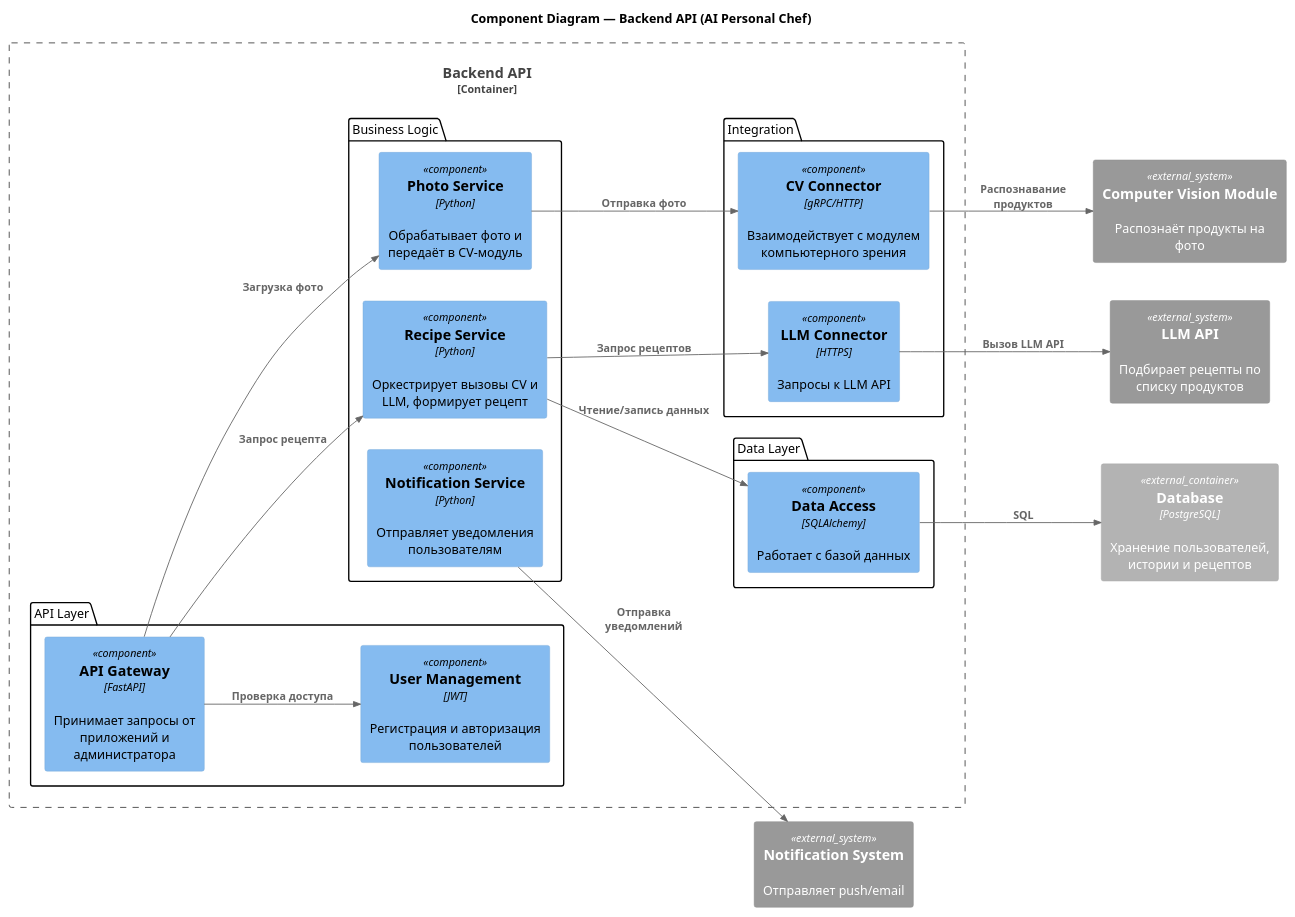
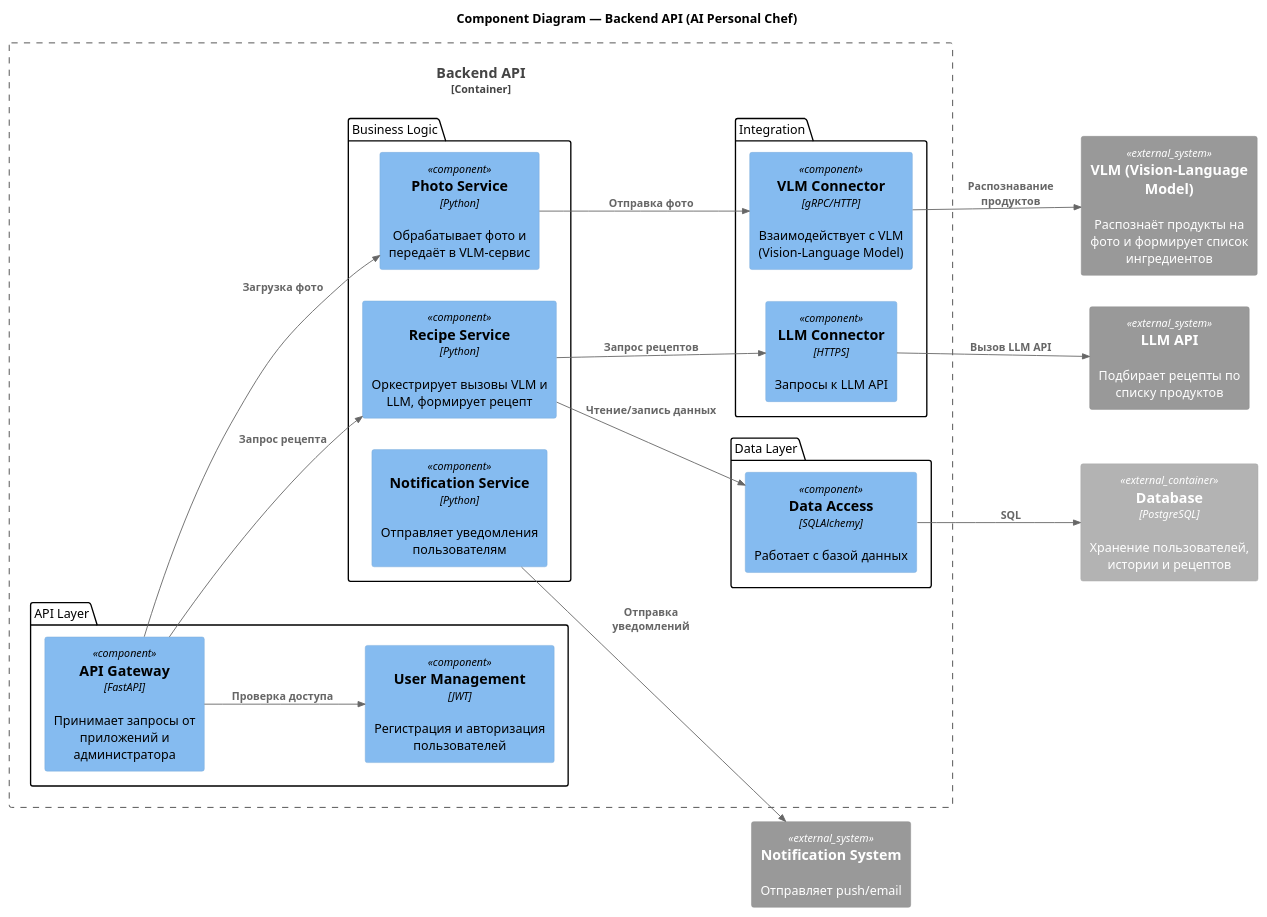
The diagram in docs/architecture/components-backend.puml (vstu-sii/bachelor-2025-team-deep-logic), drawn with PlantUML before and after one commit.

```diff
--- a/docs/architecture/components-backend.puml
+++ b/docs/architecture/components-backend.puml
@@ -1,48 +1,48 @@
 @startuml
 !includeurl https://raw.githubusercontent.com/plantuml-stdlib/C4-PlantUML/master/C4_Component.puml
 
 title Component Diagram — Backend API (AI Personal Chef)
 
 LAYOUT_LEFT_RIGHT()
 
 Container_Boundary(api, "Backend API") {
     package "API Layer" {
         Component(apiGateway, "API Gateway", "FastAPI", "Принимает запросы от приложений и администратора")
         Component(auth, "User Management", "JWT", "Регистрация и авторизация пользователей")
     }
 
     package "Business Logic" {
-        Component(photoHandler, "Photo Service", "Python", "Обрабатывает фото и передаёт в CV-модуль")
-        Component(recipeOrchestrator, "Recipe Service", "Python", "Оркестрирует вызовы CV и LLM, формирует рецепт")
+        Component(photoHandler, "Photo Service", "Python", "Обрабатывает фото и передаёт в VLM-сервис")
+        Component(recipeOrchestrator, "Recipe Service", "Python", "Оркестрирует вызовы VLM и LLM, формирует рецепт")
         Component(notificationMgr, "Notification Service", "Python", "Отправляет уведомления пользователям")
     }
 
     package "Integration" {
-        Component(cvIntegration, "CV Connector", "gRPC/HTTP", "Взаимодействует с модулем компьютерного зрения")
+        Component(vlmIntegration, "VLM Connector", "gRPC/HTTP", "Взаимодействует с VLM (Vision-Language Model)")
         Component(llmIntegration, "LLM Connector", "HTTPS", "Запросы к LLM API")
     }
 
     package "Data Layer" {
         Component(dataAccess, "Data Access", "SQLAlchemy", "Работает с базой данных")
     }
 }
 
 ' --- Внешние системы ---
-System_Ext(cvModule, "Computer Vision Module", "Распознаёт продукты на фото")
+System_Ext(vlm, "VLM (Vision-Language Model)", "Распознаёт продукты на фото и формирует список ингредиентов")
 System_Ext(llm, "LLM API", "Подбирает рецепты по списку продуктов")
 System_Ext(notify, "Notification System", "Отправляет push/email")
 Container_Ext(db, "Database", "PostgreSQL", "Хранение пользователей, истории и рецептов")
 
 ' --- Связи ---
 Rel(apiGateway, auth, "Проверка доступа")
 Rel(apiGateway, photoHandler, "Загрузка фото")
-Rel(photoHandler, cvIntegration, "Отправка фото")
-Rel(cvIntegration, cvModule, "Распознавание продуктов")
+Rel(photoHandler, vlmIntegration, "Отправка фото")
+Rel(vlmIntegration, vlm, "Распознавание продуктов")
 Rel(recipeOrchestrator, llmIntegration, "Запрос рецептов")
 Rel(llmIntegration, llm, "Вызов LLM API")
 Rel(apiGateway, recipeOrchestrator, "Запрос рецепта")
 Rel(recipeOrchestrator, dataAccess, "Чтение/запись данных")
 Rel(dataAccess, db, "SQL")
 Rel(notificationMgr, notify, "Отправка уведомлений")
 
 @enduml
```
